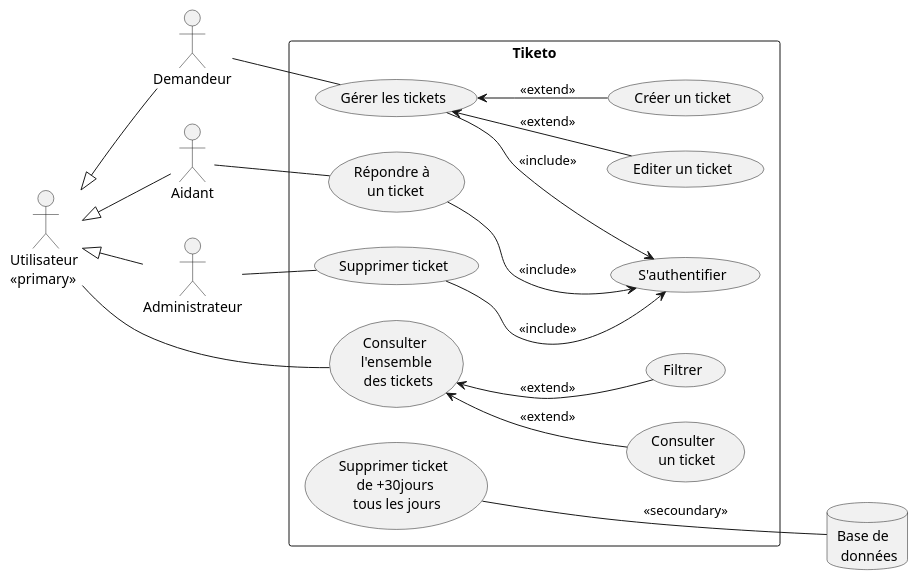
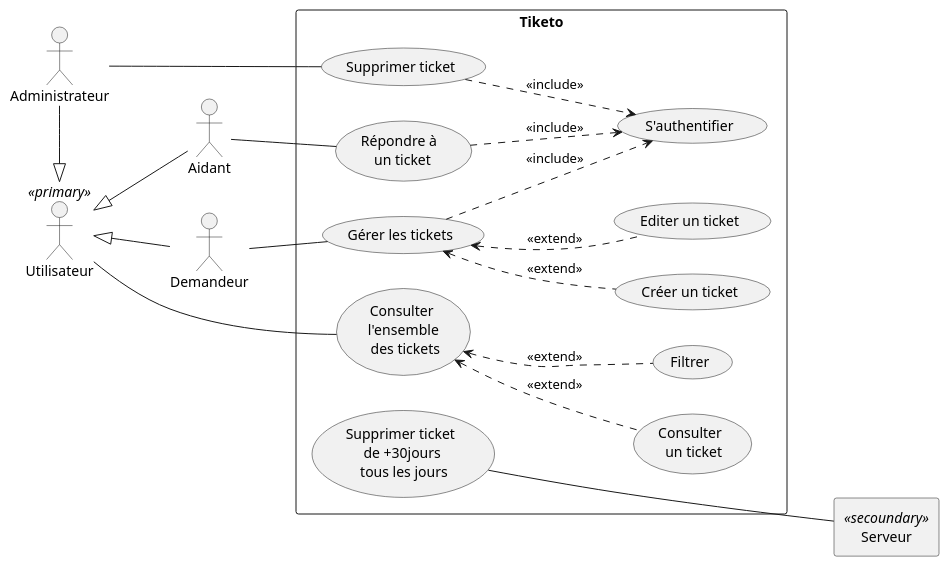
One commit to dorianleveque/CoHub changed the diagram in docs/UML/cas utilisation.puml. Above: the diagram before and after it, drawn with PlantUML. The commit also changed 5 other files, not shown here.

Commit message:
correction des flèches des diagrammes ainsi que des stéréotypes + ajout de quelques diagrammes

```diff
--- a/docs/UML/cas utilisation.puml
+++ b/docs/UML/cas utilisation.puml
@@ -1,42 +1,42 @@
-@startuml
+@startuml cas d'utilisation
 left to right direction
-actor Utilisateur as "Utilisateur \n<<primary>>"
+actor Utilisateur as "Utilisateur" <<primary>>
 actor Aidant
 actor Demandeur
 actor Administrateur
-database Serveur as "Base de \n données"
+agent Serveur as "Serveur" <<secoundary>>
 
 Utilisateur <|-- Aidant
 Utilisateur <|-- Demandeur
-Utilisateur <|-- Administrateur
+Utilisateur <|-left- Administrateur
 
 rectangle "Tiketo" {
     usecase UC1 as "Consulter \n l'ensemble \n des tickets"
     usecase UC2 as "Consulter \n un ticket"
     usecase UC3 as "Filtrer"
     usecase UC4 as "Gérer les tickets"
     usecase UC5 as "Créer un ticket"
     usecase UC6 as "Editer un ticket"
     usecase UC7 as "Répondre à \n un ticket"
     usecase UC8 as "S'authentifier"
     usecase UC9 as "Supprimer ticket"
     usecase UC10 as "Supprimer ticket \n de +30jours \n tous les jours" 
 
     Utilisateur -- (UC1)
-    UC1 <-- UC2 : <<extend>>
-    UC1 <-- UC3 : <<extend>>
+    UC1 <.. UC2 : <<extend>>
+    UC1 <.. UC3 : <<extend>>
 
     Demandeur -- UC4
-    UC4 --> UC8 : <<include>>
-    UC4 <-- UC5 : <<extend>>
-    UC4 <-- UC6 : <<extend>>
+    UC4 ..> UC8 : <<include>>
+    UC4 <.. UC5 : <<extend>>
+    UC4 <.. UC6 : <<extend>>
 
     Aidant -- UC7
-    UC7 --> UC8 : <<include>>
+    UC7 ..> UC8 : <<include>>
 
     Administrateur -- UC9
-    UC9 --> UC8 : <<include>>
+    UC9 ..> UC8 : <<include>>
 
-    UC10 --- Serveur:<<secoundary>>
+    UC10 --- Serveur
 }
 @enduml
```
